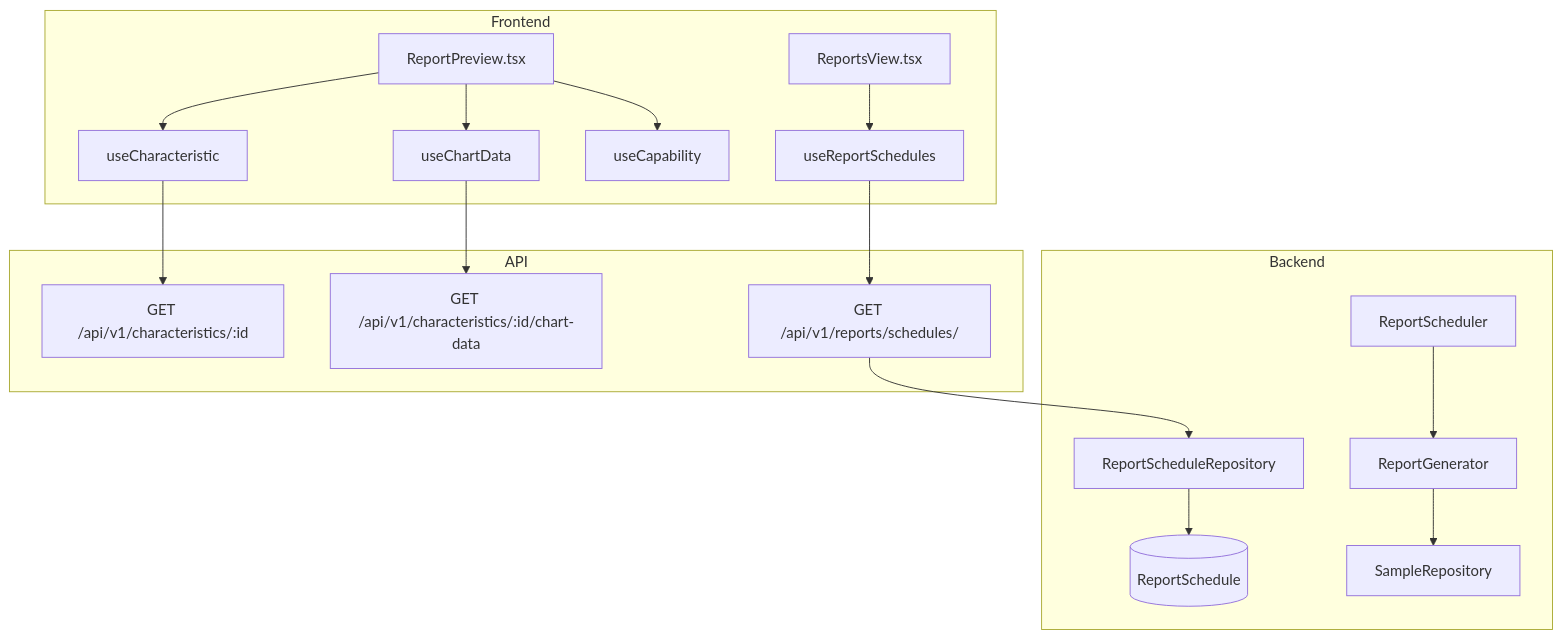
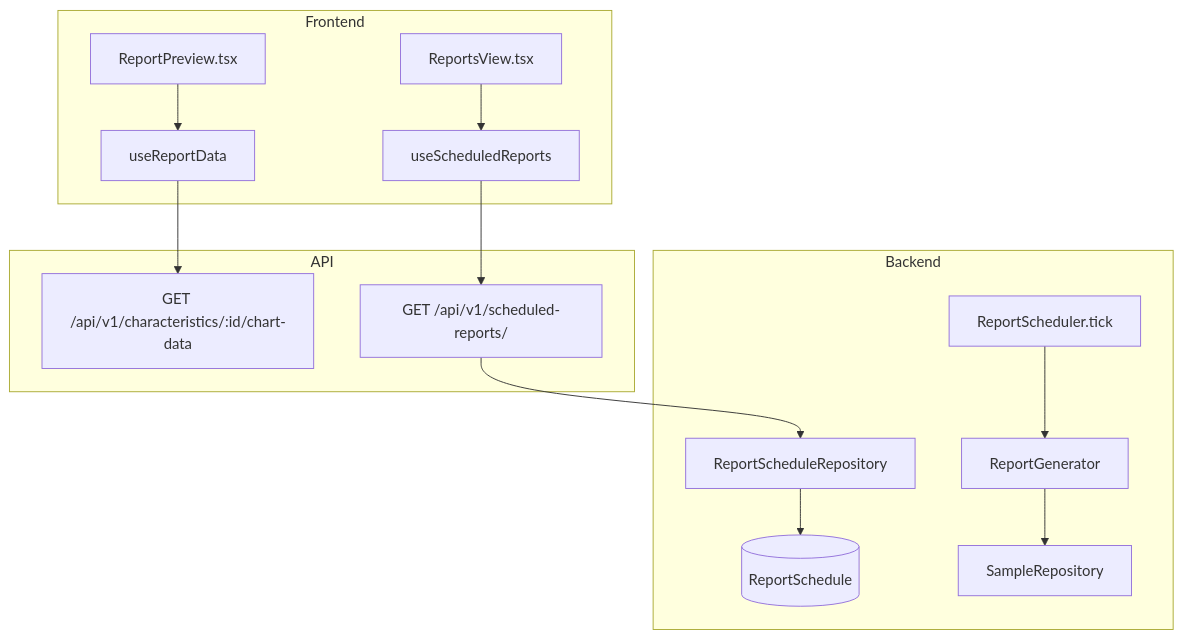
Before and after one commit to saturnis-io/cassini: the first of 2 diagrams in .knowledge/features/reporting.md, drawn with Mermaid. The commit also changed other lines of this file and 15 other files, not shown here.

Commit message:
knowledge-graph: regenerate

````diff
--- a/.knowledge/features/reporting.md
+++ b/.knowledge/features/reporting.md
@@ -5,20 +5,17 @@
 ```mermaid
 flowchart TD
     subgraph Frontend
-        C1[ReportPreview.tsx] --> H1[useCharacteristic]
-        C1 --> H2[useChartData]
-        C1 --> H3[useCapability]
-        C2[ReportsView.tsx] --> H4[useReportSchedules]
+        C1[ReportPreview.tsx] --> H1[useReportData]
+        C2[ReportsView.tsx] --> H2[useScheduledReports]
     end
     subgraph API
-        H1 --> E1[GET /api/v1/characteristics/:id]
-        H2 --> E2[GET /api/v1/characteristics/:id/chart-data]
-        H4 --> E3[GET /api/v1/reports/schedules/]
+        H1 --> E1[GET /api/v1/characteristics/:id/chart-data]
+        H2 --> E2[GET /api/v1/scheduled-reports/]
     end
     subgraph Backend
-        E3 --> R1[ReportScheduleRepository]
+        E2 --> R1[ReportScheduleRepository]
         R1 --> M1[(ReportSchedule)]
-        S1[ReportGenerator] --> R2[SampleRepository]
-        S2[ReportScheduler] --> S1
+        S1[ReportScheduler.tick] --> S2[ReportGenerator]
+        S2 --> R2[SampleRepository]
     end
 ```
````
